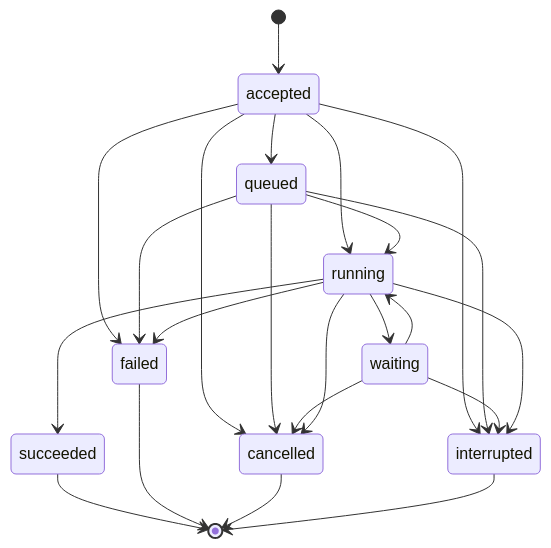
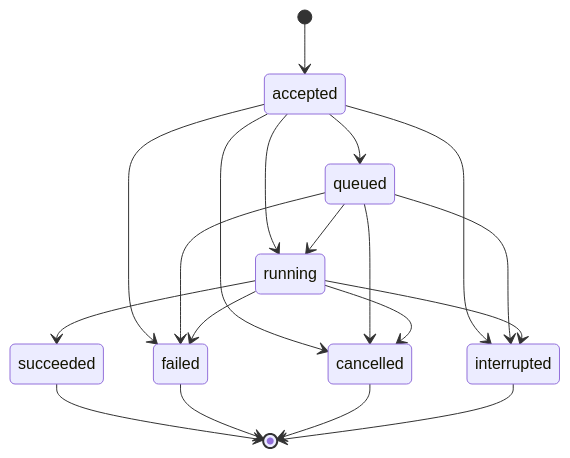
One commit to LTThreeComma/agent-foundation changed the third of 5 diagrams in spec/agent-ui/05-runtime-subagents-and-surfaces.md. Above: the diagram before and after it, drawn with Mermaid. The commit also changed other lines of this file and 97 other files, not shown here.

````diff
--- a/spec/agent-ui/05-runtime-subagents-and-surfaces.md
+++ b/spec/agent-ui/05-runtime-subagents-and-surfaces.md
@@ -266,26 +277,22 @@
 ```mermaid
 stateDiagram-v2
     [*] --> accepted
     accepted --> queued
     accepted --> running
     accepted --> failed
     accepted --> cancelled
     accepted --> interrupted
     queued --> running
     queued --> failed
     queued --> cancelled
     queued --> interrupted
-    running --> waiting
-    waiting --> running
-    waiting --> cancelled
-    waiting --> interrupted
     running --> succeeded
     running --> failed
     running --> cancelled
     running --> interrupted
 
     succeeded --> [*]
     failed --> [*]
     cancelled --> [*]
     interrupted --> [*]
 ```
````
